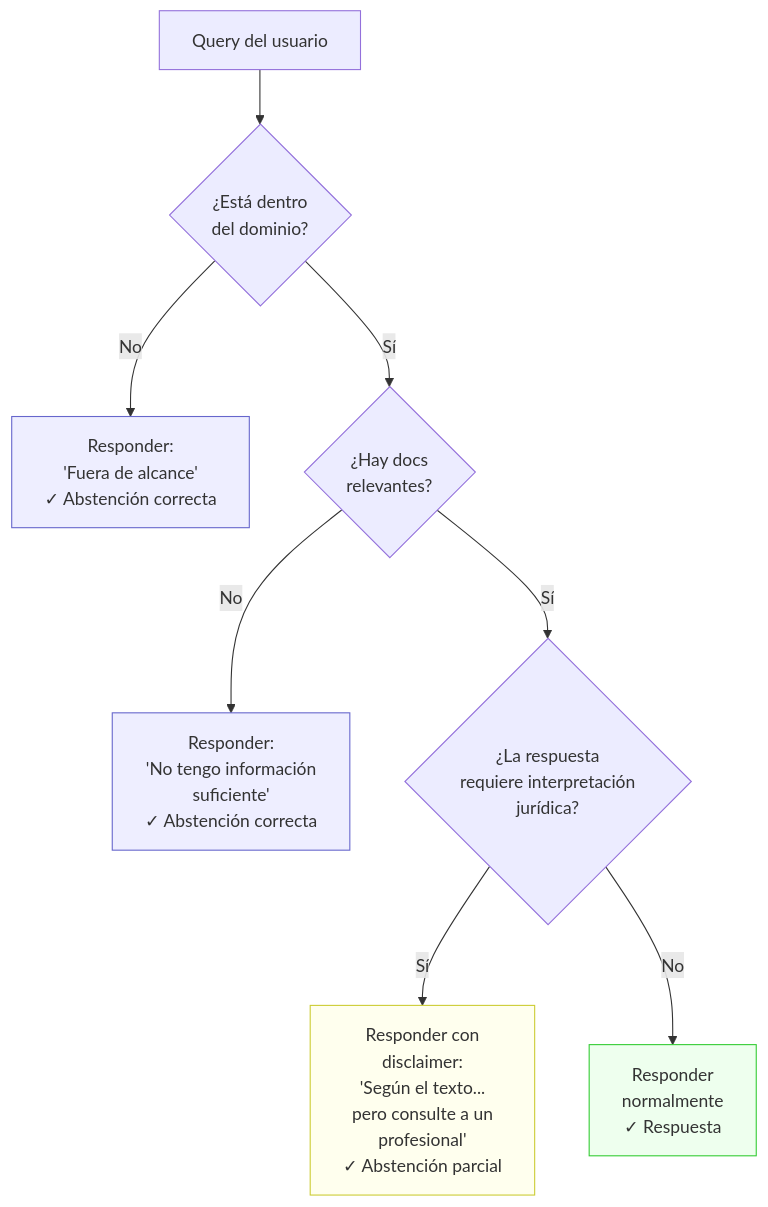
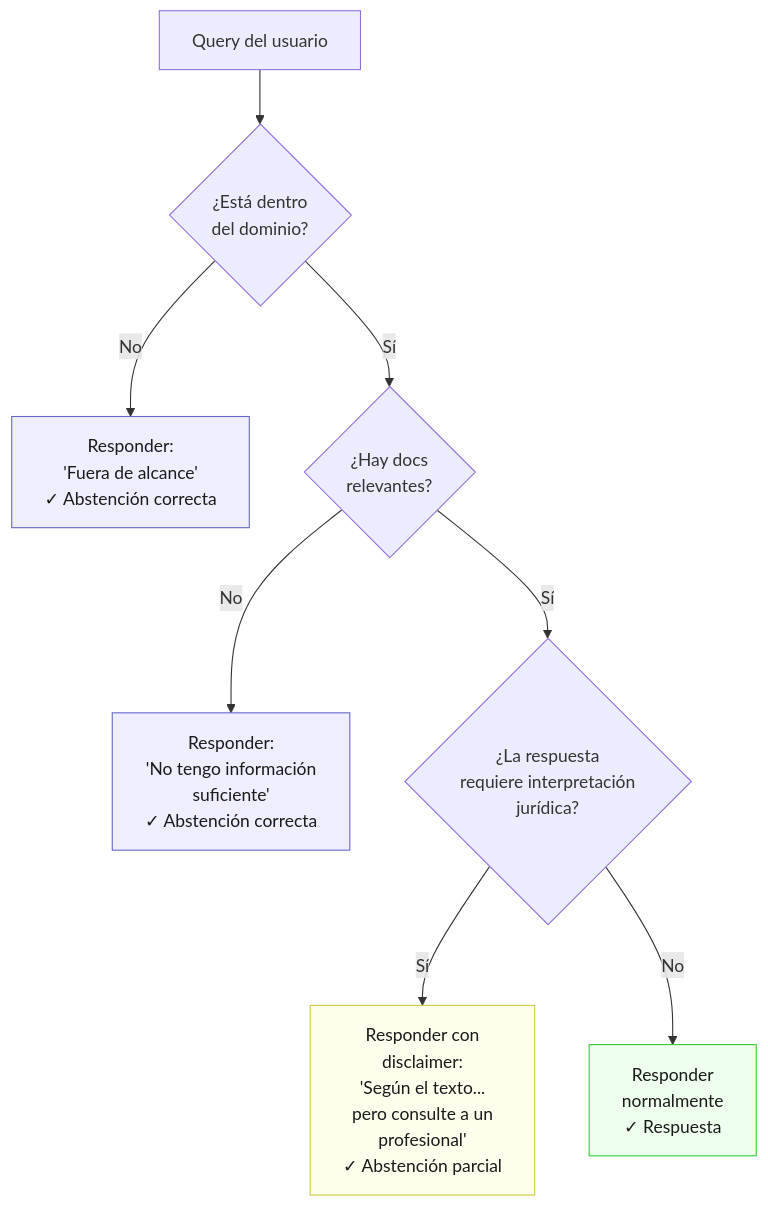
One commit to Alonsomar/estudio-personal changed the fourth of 7 diagrams in 01-evals/theory/12-dominios-alto-stake.md. Above: the diagram before and after it, drawn with Mermaid. The commit also changed other lines of this file and 20 other files, not shown here.

First line of the commit message:
fix(docs): texto oscuro en nodos Mermaid para legibilidad en modo oscuro

````diff
--- a/01-evals/theory/12-dominios-alto-stake.md
+++ b/01-evals/theory/12-dominios-alto-stake.md
@@ -163,16 +163,16 @@
 ```mermaid
 graph TD
     Q["Query del usuario"]
     Q --> C1{"¿Está dentro<br/>del dominio?"}
     C1 -- No --> A1["Responder:<br/>'Fuera de alcance'<br/>✓ Abstención correcta"]
     C1 -- Sí --> C2{"¿Hay docs<br/>relevantes?"}
     C2 -- No --> A2["Responder:<br/>'No tengo información<br/>suficiente'<br/>✓ Abstención correcta"]
     C2 -- Sí --> C3{"¿La respuesta<br/>requiere interpretación<br/>jurídica?"}
     C3 -- Sí --> A3["Responder con<br/>disclaimer:<br/>'Según el texto...<br/>pero consulte a un<br/>profesional'<br/>✓ Abstención parcial"]
     C3 -- No --> A4["Responder<br/>normalmente<br/>✓ Respuesta"]
     
-    style A1 fill:#eef,stroke:#66c
-    style A2 fill:#eef,stroke:#66c
-    style A3 fill:#ffe,stroke:#cc3
-    style A4 fill:#efe,stroke:#3c3
+    style A1 fill:#eef,stroke:#66c,color:#1a1a1a
+    style A2 fill:#eef,stroke:#66c,color:#1a1a1a
+    style A3 fill:#ffe,stroke:#cc3,color:#1a1a1a
+    style A4 fill:#efe,stroke:#3c3,color:#1a1a1a
 ```
````
